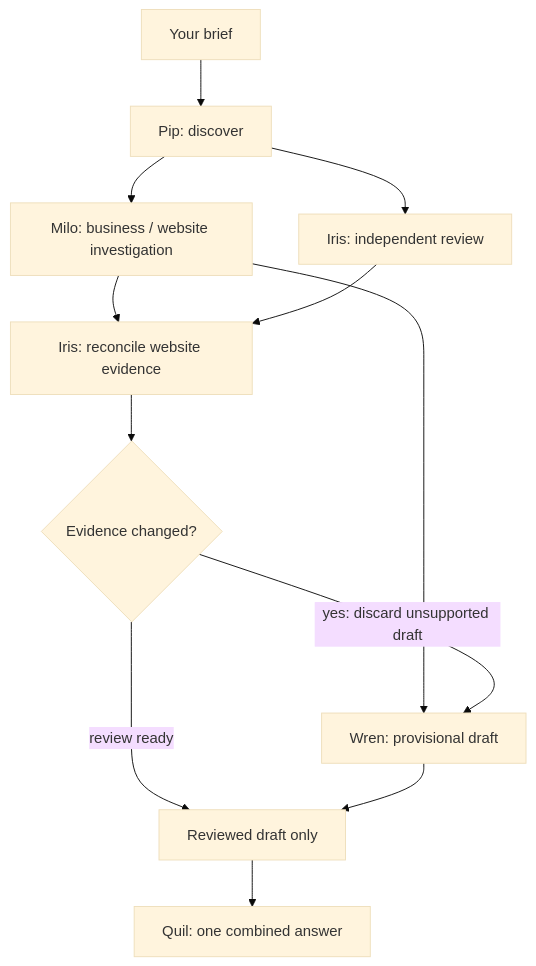
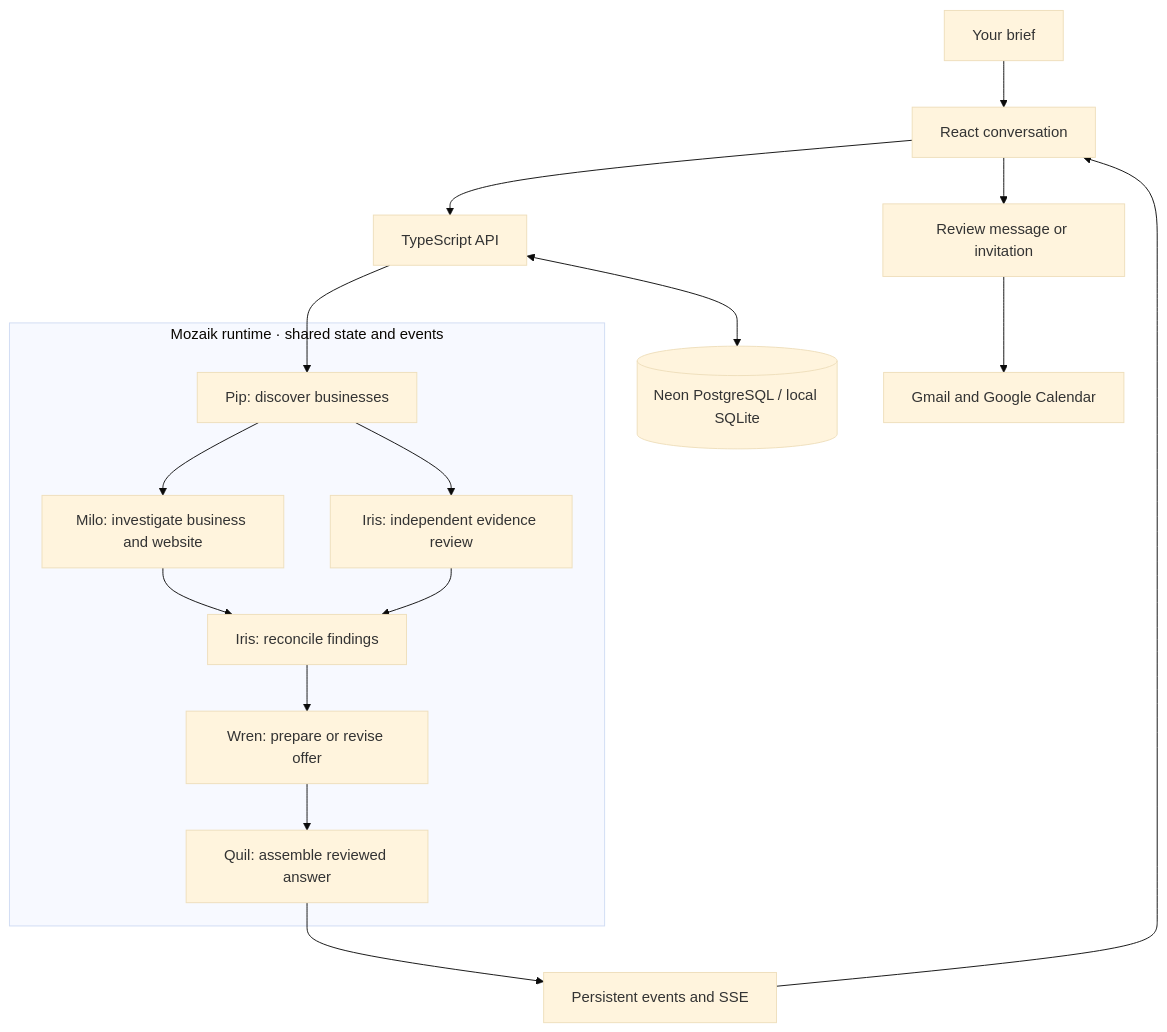
Before and after one commit to ELLA0VICTOR/quil: the diagram in README.md, drawn with Mermaid (base theme). The commit also changed other lines of this file and 2 other files, not shown here.

````diff
--- a/README.md
+++ b/README.md
@@ -64,14 +104,19 @@
 ```mermaid
 flowchart TD
-  Brief[Your brief] --> Pip[Pip: discover]
-  Pip --> Milo[Milo: business / website investigation]
-  Pip --> Iris[Iris: independent review]
-  Milo --> Recheck[Iris: reconcile website evidence]
-  Iris --> Recheck
-  Milo --> Wren[Wren: provisional draft]
-  Recheck --> Review{Evidence changed?}
-  Review -->|yes: discard unsupported draft| Wren
-  Review -->|review ready| Join[Reviewed draft only]
-  Wren --> Join
-  Join --> Quil[Quil: one combined answer]
+    User["Your brief"] --> UI["React conversation"]
+    UI --> API["TypeScript API"]
+    API --> Pip["Pip: discover businesses"]
+    subgraph Crew["Mozaik runtime · shared state and events"]
+        Pip --> Milo["Milo: investigate business and website"]
+        Pip --> Iris["Iris: independent evidence review"]
+        Milo --> Reconcile["Iris: reconcile findings"]
+        Iris --> Reconcile
+        Reconcile --> Wren["Wren: prepare or revise offer"]
+        Wren --> Quil["Quil: assemble reviewed answer"]
+    end
+    Quil --> Events["Persistent events and SSE"]
+    Events --> UI
+    API <--> DB[("Neon PostgreSQL / local SQLite")]
+    UI --> Approval["Review message or invitation"]
+    Approval --> Google["Gmail and Google Calendar"]
 ```
````
